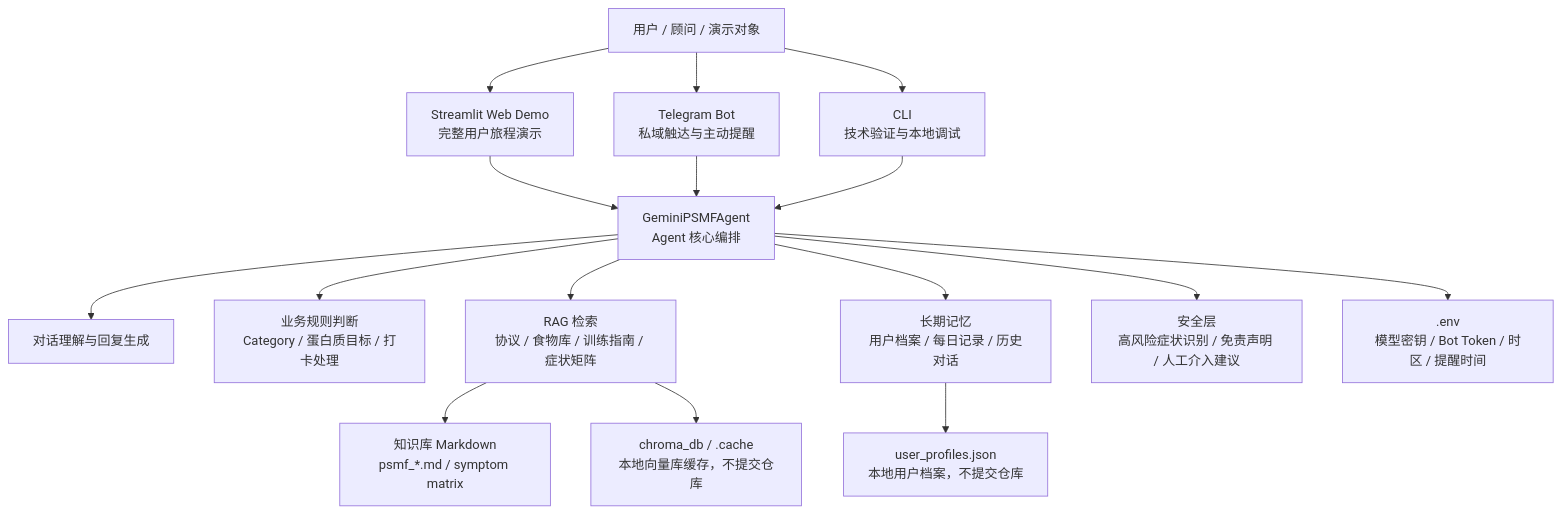
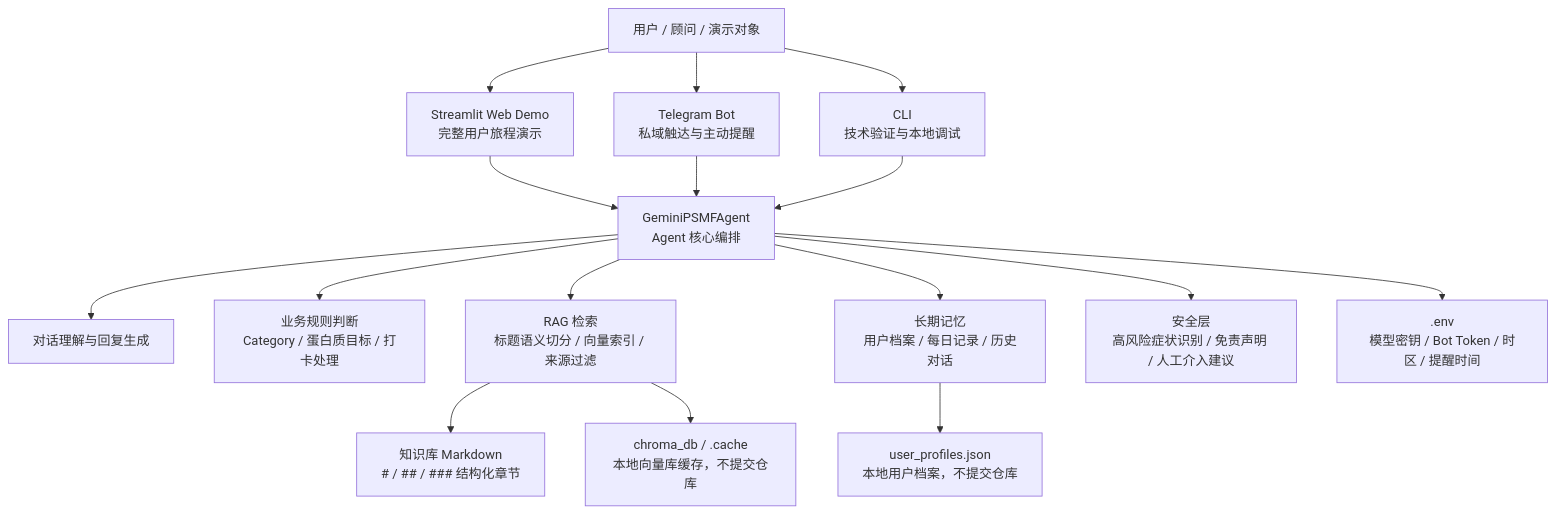
One commit to xli561980-ship-it/psmf-agent changed the first of 2 diagrams in README.md. Above: the diagram before and after it, drawn with Mermaid. The commit also changed other lines of this file and 6 other files, not shown here.

````diff
--- a/README.md
+++ b/README.md
@@ -53,35 +53,35 @@
 ```mermaid
 flowchart TB
     U["用户 / 顾问 / 演示对象"]
     WEB["Streamlit Web Demo<br/>完整用户旅程演示"]
     TG["Telegram Bot<br/>私域触达与主动提醒"]
     CLI["CLI<br/>技术验证与本地调试"]
 
     AGENT["GeminiPSMFAgent<br/>Agent 核心编排"]
     DIALOG["对话理解与回复生成"]
     RULES["业务规则判断<br/>Category / 蛋白质目标 / 打卡处理"]
-    RAG["RAG 检索<br/>协议 / 食物库 / 训练指南 / 症状矩阵"]
+    RAG["RAG 检索<br/>标题语义切分 / 向量索引 / 来源过滤"]
     MEMORY["长期记忆<br/>用户档案 / 每日记录 / 历史对话"]
     SAFETY["安全层<br/>高风险症状识别 / 免责声明 / 人工介入建议"]
 
-    KB["知识库 Markdown<br/>psmf_*.md / symptom matrix"]
+    KB["知识库 Markdown<br/># / ## / ### 结构化章节"]
     PROFILE["user_profiles.json<br/>本地用户档案，不提交仓库"]
     ENV[".env<br/>模型密钥 / Bot Token / 时区 / 提醒时间"]
     CACHE["chroma_db / .cache<br/>本地向量库缓存，不提交仓库"]
 
     U --> WEB
     U --> TG
     U --> CLI
     WEB --> AGENT
     TG --> AGENT
     CLI --> AGENT
     AGENT --> DIALOG
     AGENT --> RULES
     AGENT --> RAG
     AGENT --> MEMORY
     AGENT --> SAFETY
     RAG --> KB
     RAG --> CACHE
     MEMORY --> PROFILE
     AGENT --> ENV
 ```
````
